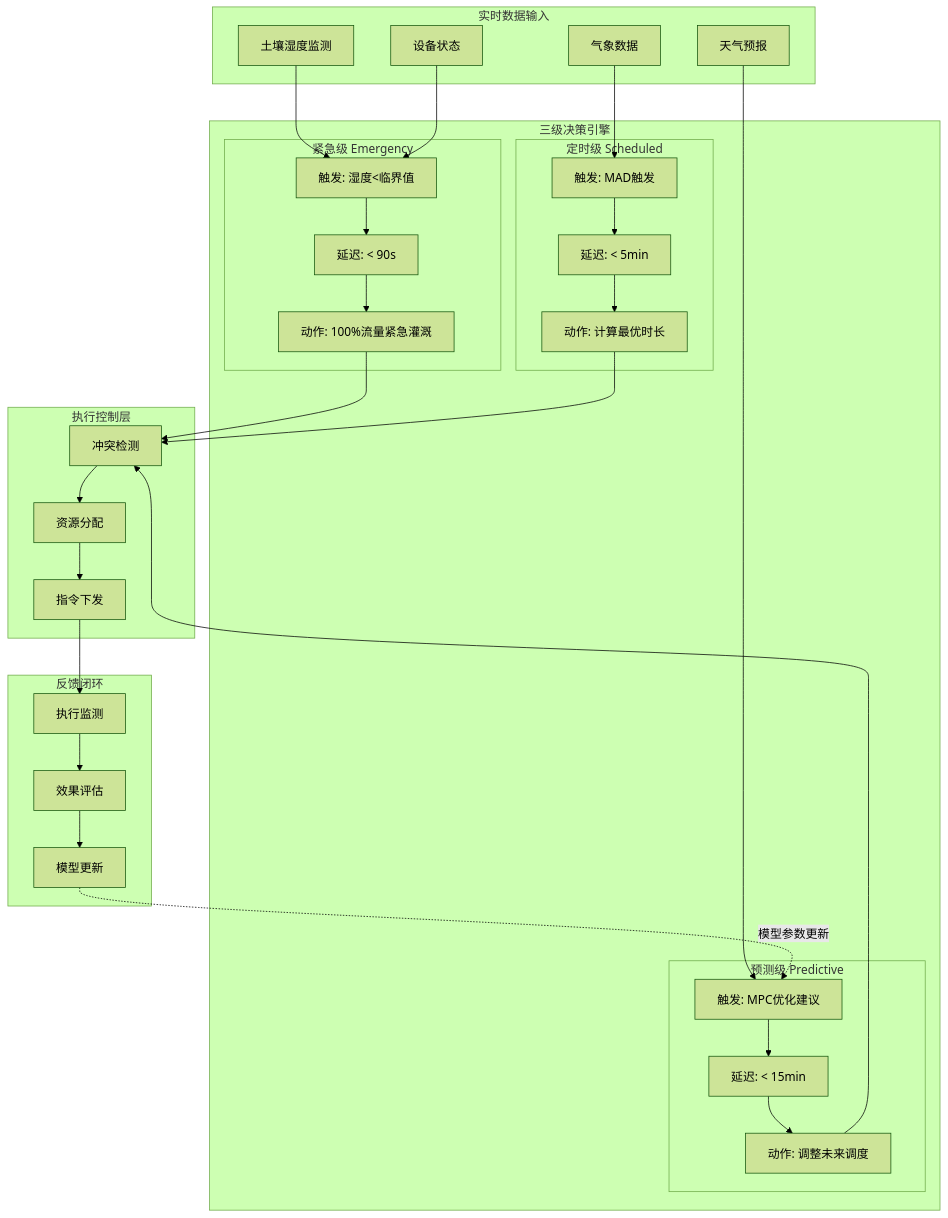
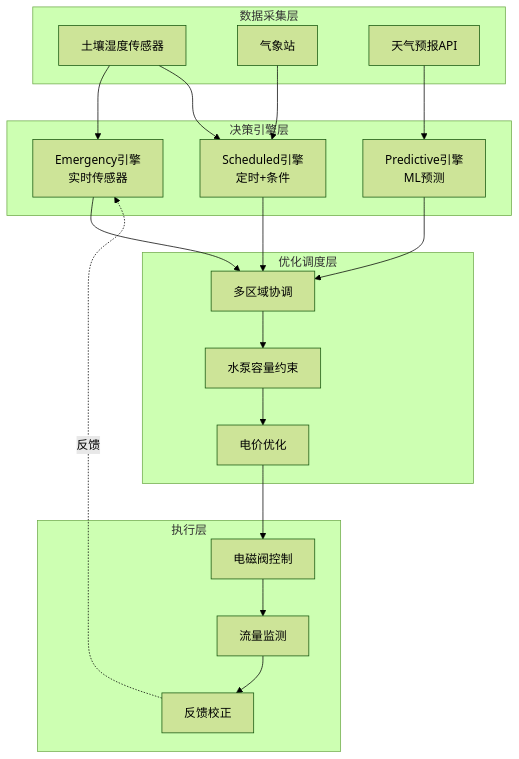
Before and after one commit to AdaMartin18010/AnalysisDataFlow: the first of 2 diagrams in Flink-IoT-Authority-Alignment/Phase-5-Agriculture/11-flink-iot-smart-irrigation-system.md, drawn with Mermaid (forest theme). The commit also changed other lines of this file and 153 other files, not shown here.

````diff
--- a/Flink-IoT-Authority-Alignment/Phase-5-Agriculture/11-flink-iot-smart-irrigation-system.md
+++ b/Flink-IoT-Authority-Alignment/Phase-5-Agriculture/11-flink-iot-smart-irrigation-system.md
@@ -750,54 +449,39 @@
 ```mermaid
 graph TB
-    subgraph 数据输入[实时数据输入]
-        D1[土壤湿度监测]
-        D2[气象数据]
-        D3[天气预报]
-        D4[设备状态]
+    subgraph 数据采集层
+        S1[土壤湿度传感器]
+        S2[气象站]
+        S3[天气预报API]
     end
 
-    subgraph 三级决策引擎[三级决策引擎]
-        subgraph 紧急级[紧急级 Emergency]
-            E1[触发: 湿度<临界值]
-            E2[延迟: < 90s]
-            E3[动作: 100%流量紧急灌溉]
-        end
-
-        subgraph 定时级[定时级 Scheduled]
-            S1[触发: MAD触发]
-            S2[延迟: < 5min]
-            S3[动作: 计算最优时长]
-        end
-
-        subgraph 预测级[预测级 Predictive]
-            P1[触发: MPC优化建议]
-            P2[延迟: < 15min]
-            P3[动作: 调整未来调度]
-        end
+    subgraph 决策引擎层
+        E1[Emergency引擎<br/>实时传感器]
+        E2[Scheduled引擎<br/>定时+条件]
+        E3[Predictive引擎<br/>ML预测]
     end
 
-    subgraph 执行层[执行控制层]
-        X1[冲突检测]
-        X2[资源分配]
-        X3[指令下发]
+    subgraph 优化调度层
+        O1[多区域协调]
+        O2[水泵容量约束]
+        O3[电价优化]
     end
 
-    subgraph 反馈闭环[反馈闭环]
-        F1[执行监测]
-        F2[效果评估]
-        F3[模型更新]
+    subgraph 执行层
+        X1[电磁阀控制]
+        X2[流量监测]
+        X3[反馈校正]
     end
 
-    D1 --> E1
-    D2 --> S1
-    D3 --> P1
-    D4 --> E1
+    S1 --> E1
+    S1 --> E2
+    S2 --> E2
+    S3 --> E3
 
-    E1 --> E2 --> E3 --> X1
-    S1 --> S2 --> S3 --> X1
-    P1 --> P2 --> P3 --> X1
+    E1 --> O1
+    E2 --> O1
+    E3 --> O1
 
+    O1 --> O2 --> O3 --> X1
     X1 --> X2 --> X3
-    X3 --> F1 --> F2 --> F3
-    F3 -.->|模型参数更新| P1
+    X3 -.->|反馈| E1
 ```
````
